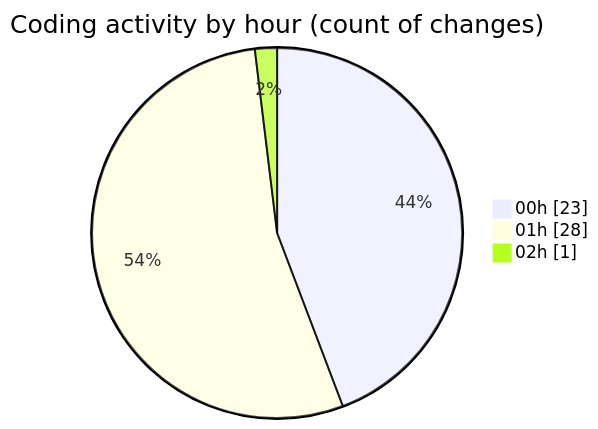
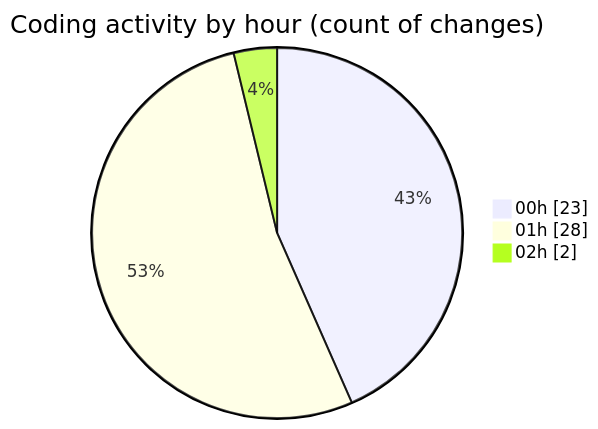
The second of 2 diagrams in 2025-10-20/weather_insights_app/README.md (donsfak/code-tracking), drawn with Mermaid before and after one commit. The commit also changed other lines of this file and 1 other file, not shown here.

````diff
--- a/2025-10-20/weather_insights_app/README.md
+++ b/2025-10-20/weather_insights_app/README.md
@@ -39,7 +41,7 @@
 ```mermaid
 pie showData
 title Coding activity by hour (count of changes)
 "00h" : 23
 "01h" : 28
-"02h" : 1
+"02h" : 2
 ```
````
